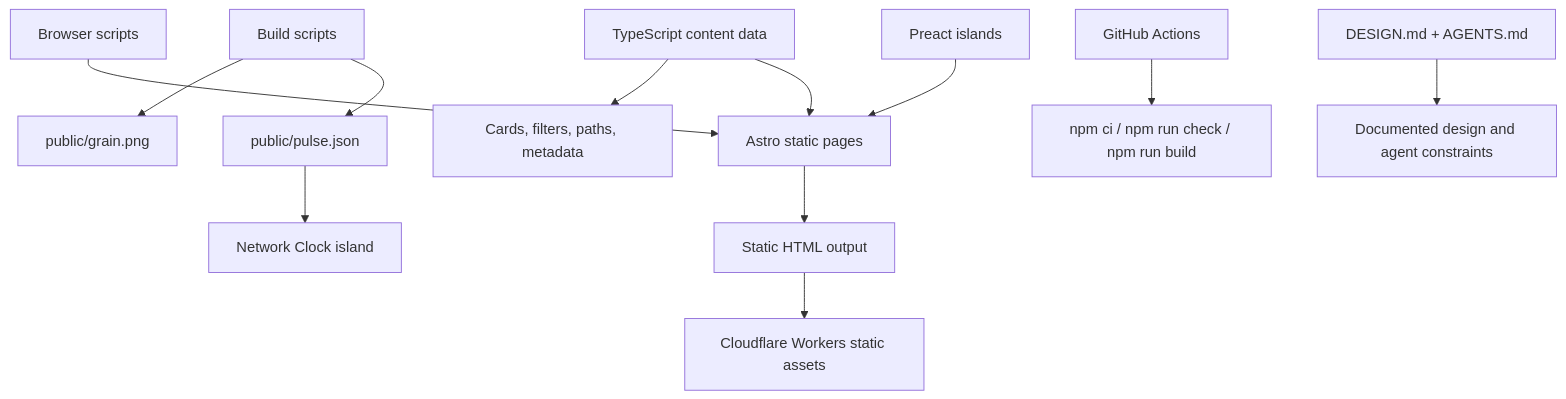
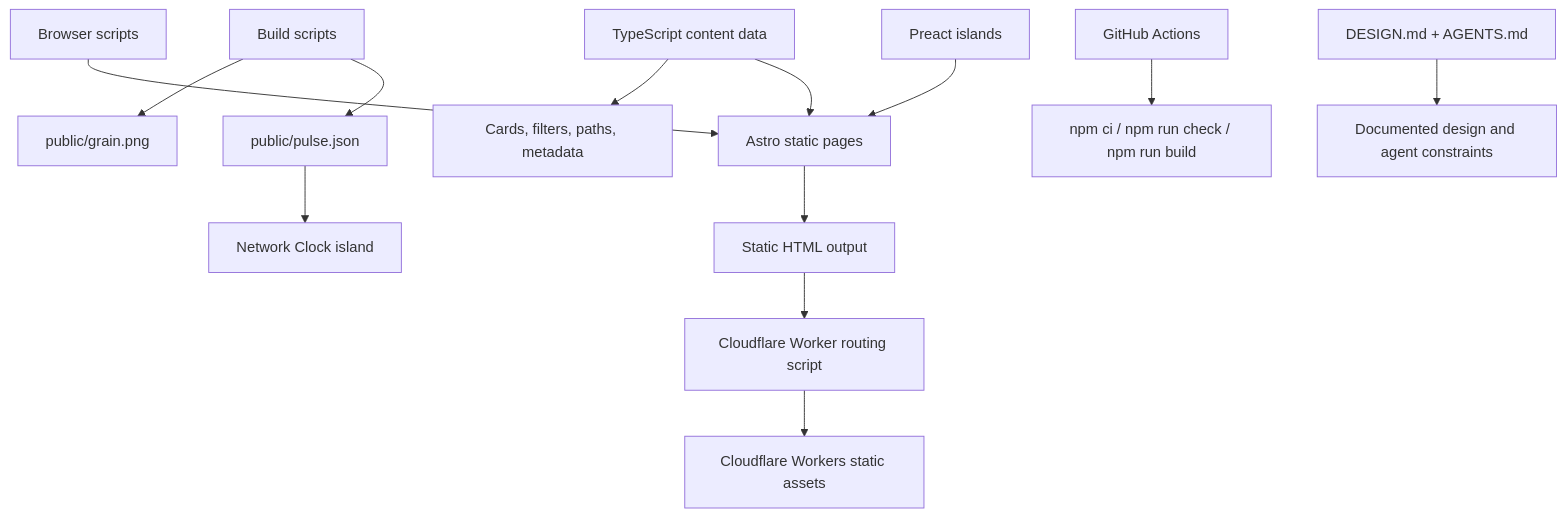
The diagram in README.md (VeteranXYZ/BitcoinMind), drawn with Mermaid before and after one commit. The commit also changed other lines of this file and 3 other files, not shown here.

````diff
--- a/README.md
+++ b/README.md
@@ -43,14 +43,15 @@
 ```mermaid
 flowchart TD
   A[TypeScript content data] --> B[Astro static pages]
   A --> C[Cards, filters, paths, metadata]
   D[Build scripts] --> E[public/pulse.json]
   D --> F[public/grain.png]
   E --> G[Network Clock island]
   H[Preact islands] --> B
   I[Browser scripts] --> B
   B --> J[Static HTML output]
-  J --> K[Cloudflare Workers static assets]
-  L[GitHub Actions] --> M[npm ci / npm run check / npm run build]
-  N[DESIGN.md + AGENTS.md] --> O[Documented design and agent constraints]
+  J --> K[Cloudflare Worker routing script]
+  K --> L[Cloudflare Workers static assets]
+  M[GitHub Actions] --> N[npm ci / npm run check / npm run build]
+  O[DESIGN.md + AGENTS.md] --> P[Documented design and agent constraints]
 ```
````
